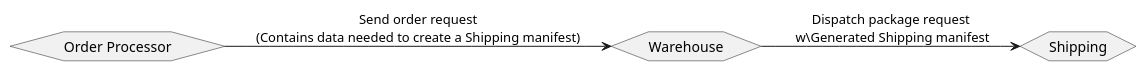
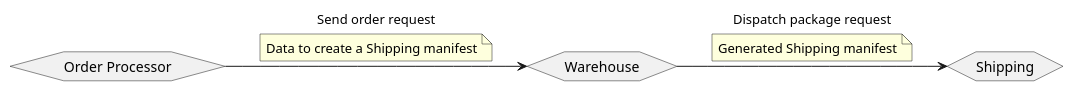
One commit to grierson/books changed the seventh of 12 diagrams in BuildingMicroservices2nd/02.adoc. Above: the diagram before and after it, drawn with PlantUML. The commit also changed other lines of this file and 1 other file, not shown here.

```diff
--- a/BuildingMicroservices2nd/02.adoc
+++ b/BuildingMicroservices2nd/02.adoc
@@ -142,13 +175,20 @@
 [plantuml]
 ----
 @startuml
 left to right direction
 
 hexagon Order as "Order Processor"
 hexagon Warehouse
 hexagon Shipping
 
-Order --> Warehouse : Send order request\n(Contains data needed to create a Shipping manifest)
-Warehouse --> Shipping : Dispatch package request\n w\Generated Shipping manifest
+Order --> Warehouse : Send order request
+
+note on link
+    Data to create a Shipping manifest
+end note
+Warehouse --> Shipping : Dispatch package request
+note on link
+    Generated Shipping manifest
+end note
 @enduml
 ----
```
